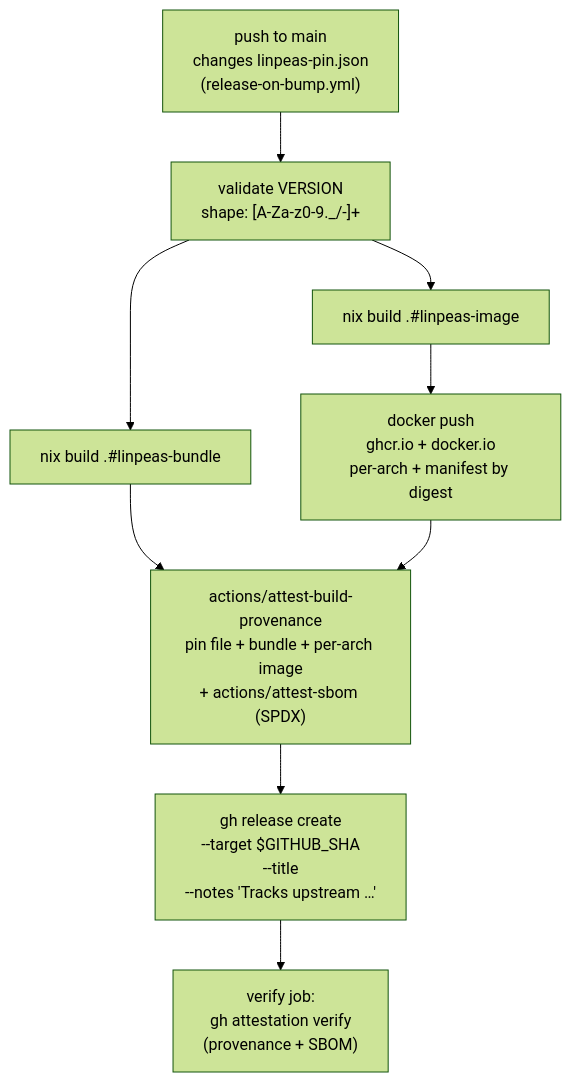
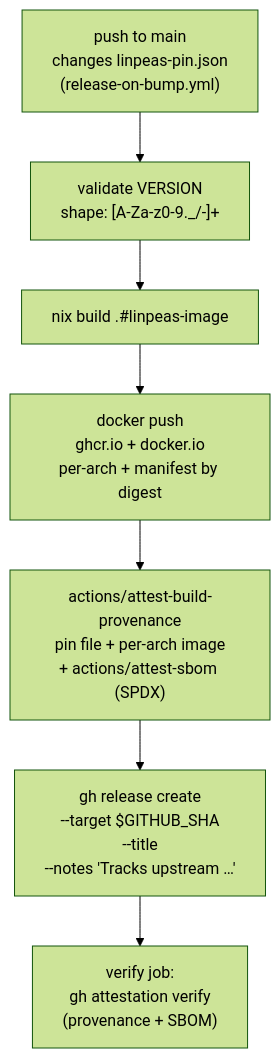
One commit to rvenutolo/linPEAS-flake changed the second of 3 diagrams in docs/architecture/auto-update.md. Above: the diagram before and after it, drawn with Mermaid (forest theme). The commit also changed 17 other files, not shown here.

Commit message:
docs: drop linpeas-bundle references

````diff
--- a/docs/architecture/auto-update.md
+++ b/docs/architecture/auto-update.md
@@ -28,17 +28,14 @@
 ```mermaid
 flowchart TD
   trigger["push to main<br/>changes linpeas-pin.json<br/>(release-on-bump.yml)"]
   validate["validate VERSION<br/>shape: [A-Za-z0-9._/-]+"]
-  build_bundle["nix build .#linpeas-bundle"]
   build_image["nix build .#linpeas-image"]
   push_image["docker push<br/>ghcr.io + docker.io<br/>per-arch + manifest by digest"]
-  attest["actions/attest-build-provenance<br/>pin file + bundle + per-arch image<br/>+ actions/attest-sbom (SPDX)"]
+  attest["actions/attest-build-provenance<br/>pin file + per-arch image<br/>+ actions/attest-sbom (SPDX)"]
   release["gh release create <tag><br/>--target $GITHUB_SHA<br/>--title <tag><br/>--notes 'Tracks upstream …'"]
   verify["verify job:<br/>gh attestation verify<br/>(provenance + SBOM)"]
 
-  trigger --> validate --> build_bundle
-  validate --> build_image --> push_image
-  build_bundle --> attest
+  trigger --> validate --> build_image --> push_image
   push_image --> attest
   attest --> release --> verify
 ```
````
